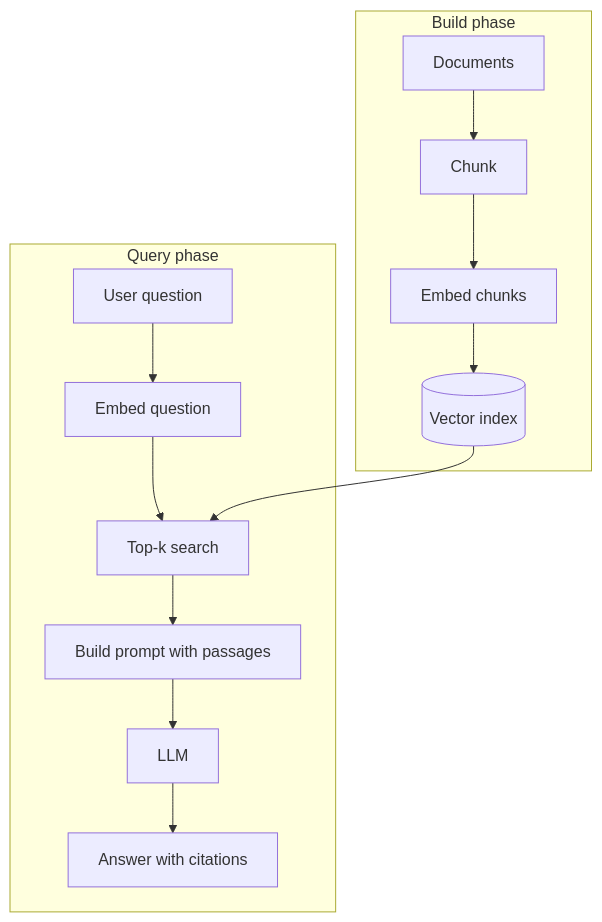
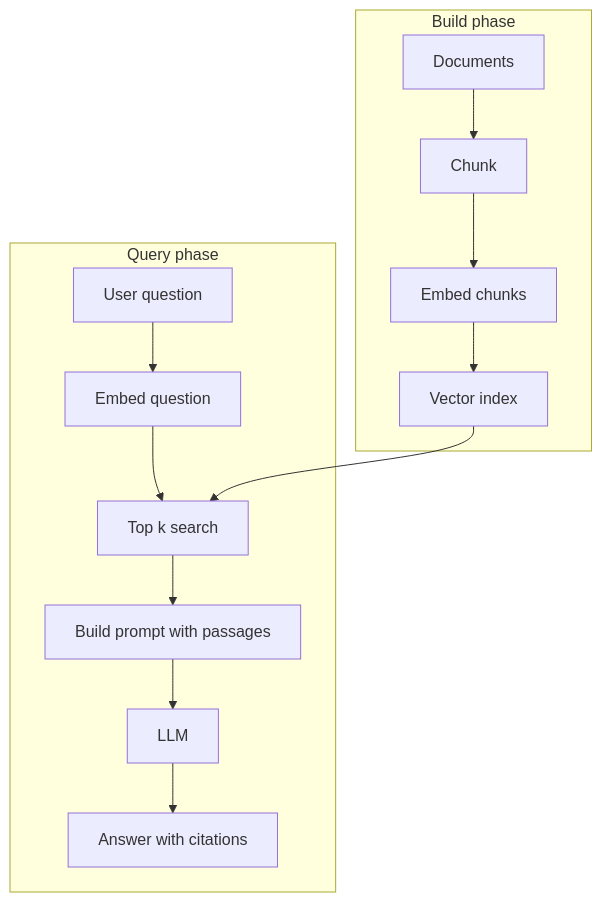
One commit to AthiraMohan14/Complete-Java-Resource-PlayBook changed the first of 2 diagrams in docs/learning/ai-machine-learning/rag-and-generative-ai.md. Above: the diagram before and after it, drawn with Mermaid. The commit also changed other lines of this file and 174 other files, not shown here.

````diff
--- a/docs/learning/ai-machine-learning/rag-and-generative-ai.md
+++ b/docs/learning/ai-machine-learning/rag-and-generative-ai.md
@@ -20,16 +27,16 @@
 ```mermaid
 flowchart TB
     subgraph Build[Build phase]
         D[Documents] --> C[Chunk]
         C --> E1[Embed chunks]
-        E1 --> V[(Vector index)]
+        E1 --> V[Vector index]
     end
     subgraph Query[Query phase]
         Q[User question] --> E2[Embed question]
-        E2 --> S[Top-k search]
+        E2 --> S[Top k search]
         V --> S
         S --> P[Build prompt with passages]
         P --> L[LLM]
         L --> A[Answer with citations]
     end
 ```
````
